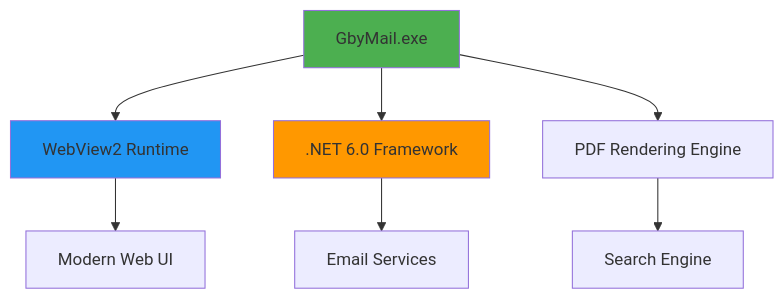
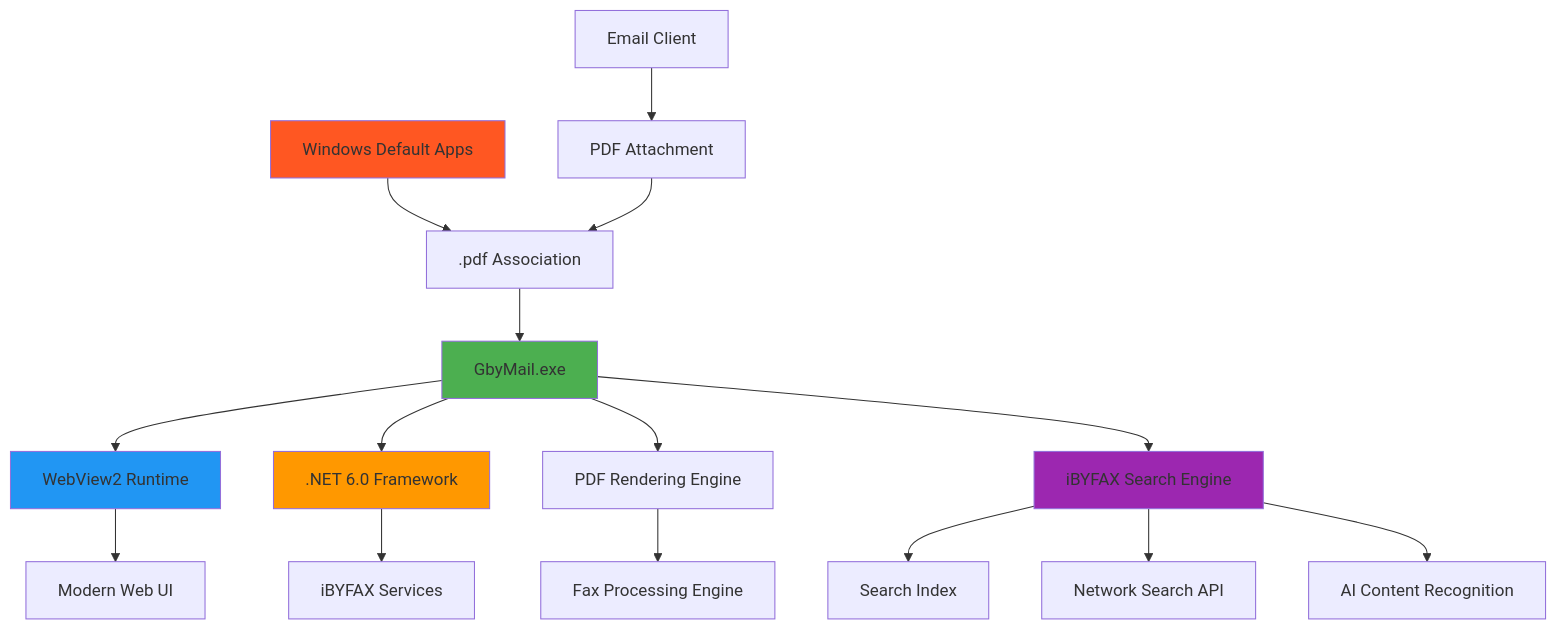
The diagram in README.md (JMTDI/GbyMail), drawn with Mermaid before and after one commit. The commit also changed other lines of this file, not shown here.

````diff
--- a/README.md
+++ b/README.md
@@ -73,13 +184,23 @@
 ```mermaid
 graph TB
-    A[GbyMail.exe] --> B[WebView2 Runtime]
-    A --> C[.NET 6.0 Framework]
-    A --> D[PDF Rendering Engine]
-    B --> E[Modern Web UI]
-    C --> F[Email Services]
-    D --> G[Search Engine]
+    A[Windows Default Apps] --> B[.pdf Association]
+    B --> C[GbyMail.exe]
+    D[Email Client] --> E[PDF Attachment]
+    E --> B
+    C --> F[WebView2 Runtime]
+    C --> G[.NET 6.0 Framework]
+    C --> H[PDF Rendering Engine]
+    C --> I[iBYFAX Search Engine]
+    F --> J[Modern Web UI]
+    G --> K[iBYFAX Services]
+    H --> L[Fax Processing Engine]
+    I --> M[Search Index]
+    I --> N[Network Search API]
+    I --> O[AI Content Recognition]
     
-    style A fill:#4CAF50
-    style B fill:#2196F3
-    style C fill:#FF9800
+    style A fill:#FF5722
+    style C fill:#4CAF50
+    style F fill:#2196F3
+    style G fill:#FF9800
+    style I fill:#9C27B0
 ```
````
